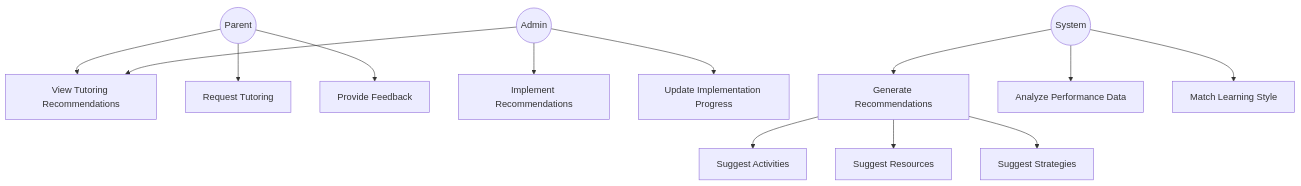
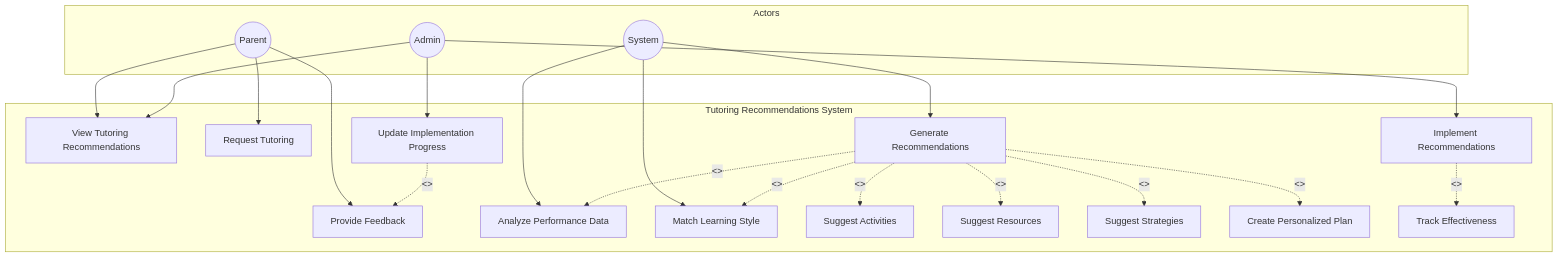
Before and after one commit to TongYwen/childfyp5: the sixth of 18 diagrams in diagrams.md, drawn with Mermaid. The commit also changed other lines of this file, not shown here.

First line of the commit message:
Update diagrams with proper UML notation

````diff
--- a/diagrams.md
+++ b/diagrams.md
@@ -111,22 +202,45 @@
 ```mermaid
-graph TD
-    Parent((Parent))
-    Admin((Admin))
-    System((System))
+graph TB
+    subgraph Actors
+        Parent((Parent))
+        Admin((Admin))
+        System((System))
+    end
 
-    Parent --> ViewRecommendations[View Tutoring Recommendations]
-    Parent --> RequestTutoring[Request Tutoring]
-    Parent --> ProvideFeedback[Provide Feedback]
+    subgraph "Tutoring Recommendations System"
+        ViewRecommendations[View Tutoring Recommendations]
+        RequestTutoring[Request Tutoring]
+        ProvideFeedback[Provide Feedback]
+        ImplementRecommendations[Implement Recommendations]
+        UpdateProgress[Update Implementation Progress]
+        GenerateRecommendations[Generate Recommendations]
+        AnalyzePerformance[Analyze Performance Data]
+        MatchLearningStyle[Match Learning Style]
+        SuggestActivities[Suggest Activities]
+        SuggestResources[Suggest Resources]
+        SuggestStrategies[Suggest Strategies]
+        CreatePlan[Create Personalized Plan]
+        TrackEffectiveness[Track Effectiveness]
+    end
+
+    Parent --> ViewRecommendations
+    Parent --> RequestTutoring
+    Parent --> ProvideFeedback
 
     Admin --> ViewRecommendations
-    Admin --> ImplementRecommendations[Implement Recommendations]
-    Admin --> UpdateProgress[Update Implementation Progress]
+    Admin --> ImplementRecommendations
+    Admin --> UpdateProgress
 
-    System --> GenerateRecommendations[Generate Recommendations]
-    System --> AnalyzePerformance[Analyze Performance Data]
-    System --> MatchLearningStyle[Match Learning Style]
+    System --> GenerateRecommendations
+    System --> AnalyzePerformance
+    System --> MatchLearningStyle
 
-    GenerateRecommendations --> SuggestActivities[Suggest Activities]
-    GenerateRecommendations --> SuggestResources[Suggest Resources]
-    GenerateRecommendations --> SuggestStrategies[Suggest Strategies]
+    GenerateRecommendations -.<<include>>.-> AnalyzePerformance
+    GenerateRecommendations -.<<include>>.-> MatchLearningStyle
+    GenerateRecommendations -.<<include>>.-> SuggestActivities
+    GenerateRecommendations -.<<include>>.-> SuggestResources
+    GenerateRecommendations -.<<include>>.-> SuggestStrategies
+    GenerateRecommendations -.<<include>>.-> CreatePlan
+    ImplementRecommendations -.<<extend>>.-> TrackEffectiveness
+    UpdateProgress -.<<extend>>.-> ProvideFeedback
 ```
````
